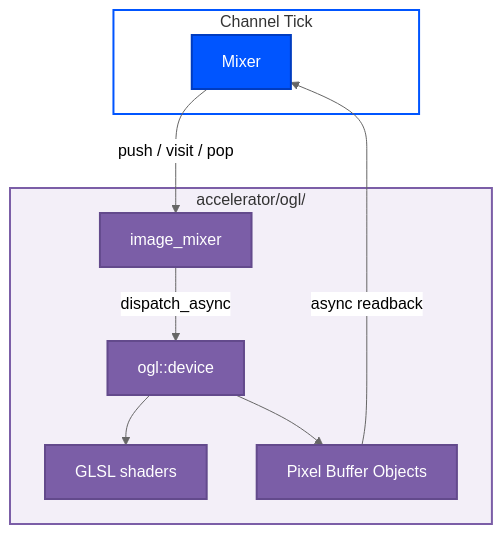
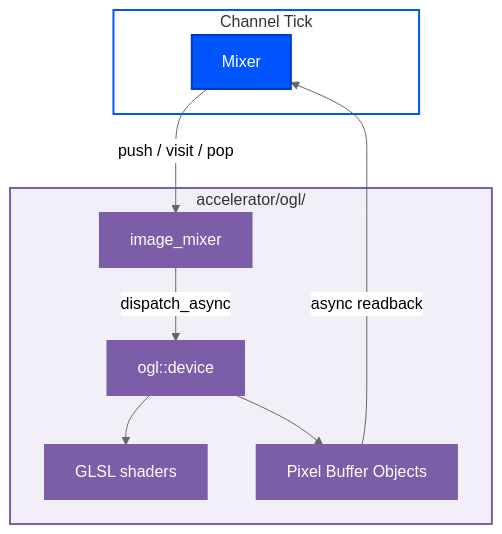
Before and after one commit to den-frie-vilje/casparCG: the sixth of 10 diagrams in docs/architecture.md, drawn with Mermaid (neutral theme). The commit also changed other lines of this file, not shown here.

Commit message:
docs: match GPU node stroke to violet

````diff
--- a/docs/architecture.md
+++ b/docs/architecture.md
@@ -367,27 +367,27 @@
 ```mermaid
 flowchart TB
     classDef coreNode fill:#0055FF,color:#FFF,stroke:#003CC0,stroke-width:2px
-    classDef gpuNode fill:#7B5EA7,color:#FFF,stroke:#634A8C,stroke-width:2px
+    classDef gpuNode fill:#7B5EA7,color:#FFF,stroke:#7B5EA7,stroke-width:2px
     classDef sgCore stroke:#0055FF,fill:#FFF,stroke-width:2px
     classDef sgGpu stroke:#7B5EA7,fill:#F3EFF8,stroke-width:2px
 
     subgraph Channel["Channel Tick"]
         MIX[Mixer]:::coreNode
     end
 
     subgraph Accelerator["accelerator/ogl/"]
         IM[image_mixer]:::gpuNode
         DEV[ogl::device]:::gpuNode
         SHADER[GLSL shaders]:::gpuNode
         PBO[Pixel Buffer Objects]:::gpuNode
     end
 
     MIX -->|"push / visit / pop"| IM
     IM -->|dispatch_async| DEV
     DEV --> SHADER
     DEV --> PBO
     PBO -->|async readback| MIX
 
     class Channel sgCore
     class Accelerator sgGpu
 ```
````
